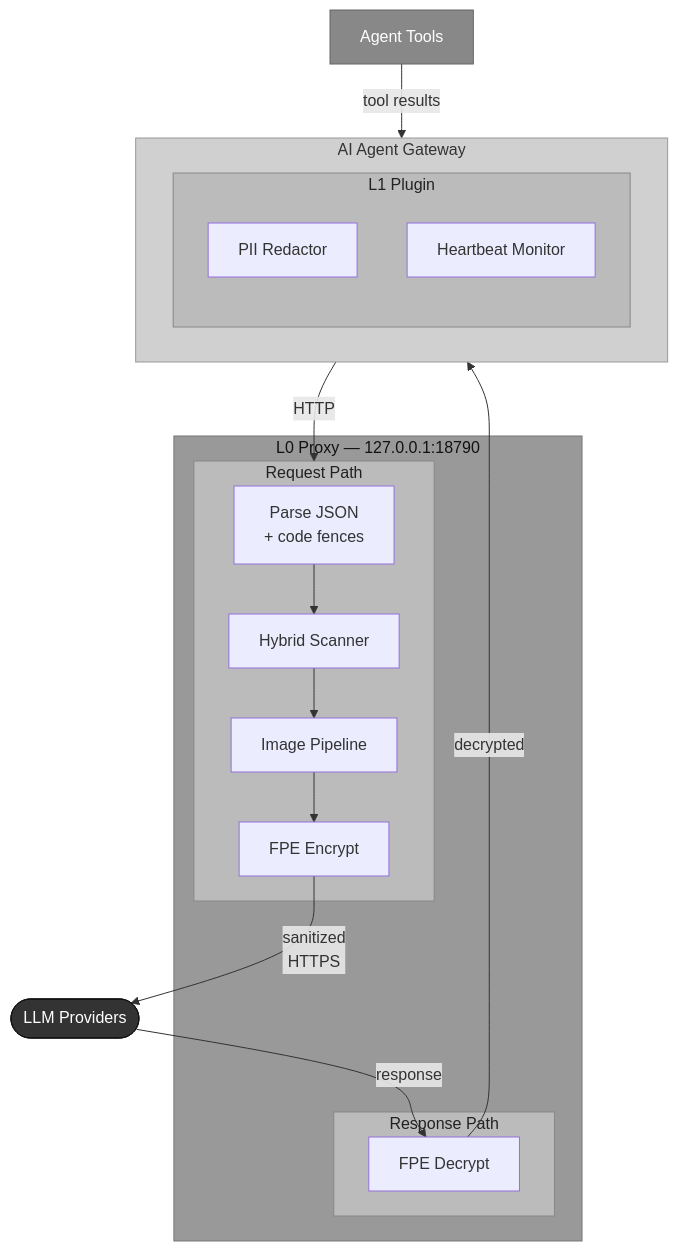
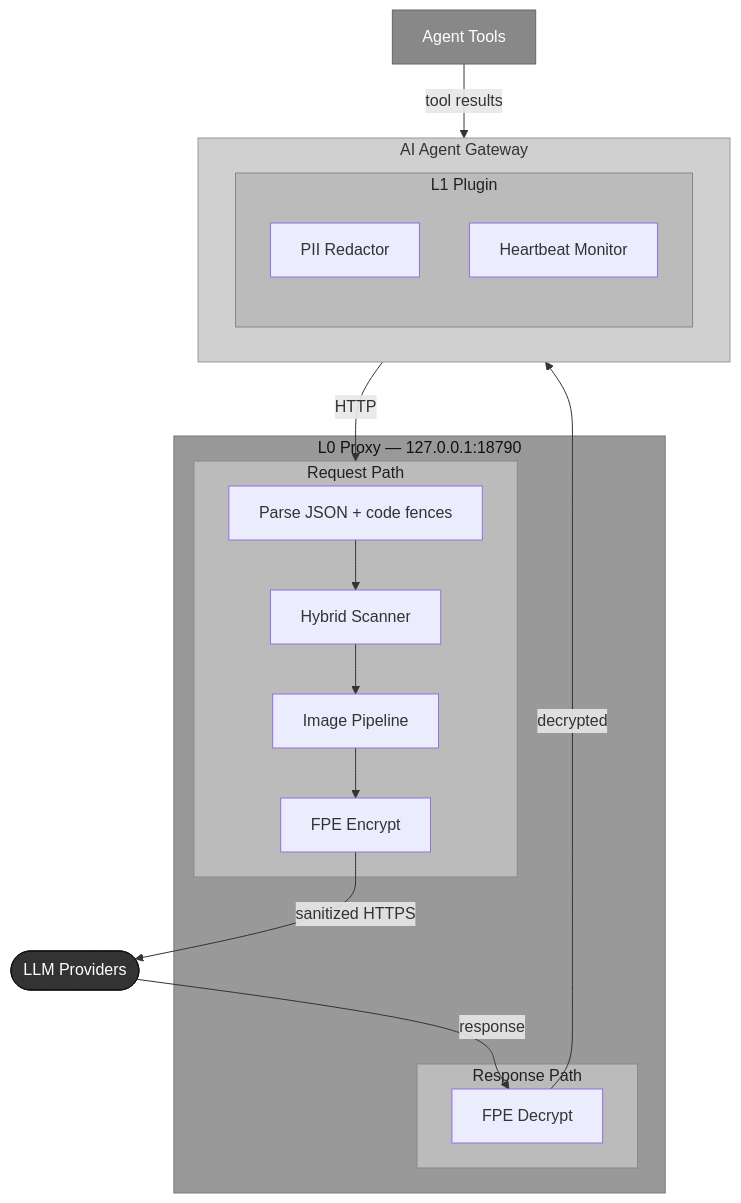
Before and after one commit to OpenObscure/OpenObscure: the fourth of 14 diagrams in ARCHITECTURE.md, drawn with Mermaid. The commit also changed other lines of this file and 1 other file, not shown here.

First line of the commit message:
Remove \n line breaks from mermaid flowchart labels

````diff
--- a/ARCHITECTURE.md
+++ b/ARCHITECTURE.md
@@ -131,38 +131,38 @@
 ```mermaid
 flowchart TB
     tools["Agent Tools"]
 
     subgraph gateway ["AI Agent Gateway"]
         subgraph l1box ["L1 Plugin"]
             redact["PII Redactor"]
             heartbeat["Heartbeat Monitor"]
         end
     end
 
     subgraph l0box ["L0 Proxy — 127.0.0.1:18790"]
         subgraph reqpath ["Request Path"]
-            nested["Parse JSON\n+ code fences"] --> hybrid["Hybrid Scanner"]
+            nested["Parse JSON + code fences"] --> hybrid["Hybrid Scanner"]
             hybrid --> imgpipe["Image Pipeline"]
             imgpipe --> ff1["FPE Encrypt"]
         end
         subgraph respath ["Response Path"]
             decrypt["FPE Decrypt"]
         end
     end
 
     llm(["LLM Providers"])
 
     tools -- "tool results" --> gateway
     gateway -- "HTTP" --> reqpath
-    ff1 -- "sanitized\nHTTPS" --> llm
+    ff1 -- "sanitized HTTPS" --> llm
     llm -- "response" --> decrypt
     decrypt -- "decrypted" --> gateway
 
     style gateway fill:#d0d0d0,stroke:#999,color:#333
     style l1box fill:#bbb,stroke:#888,color:#222
     style l0box fill:#999,stroke:#777,color:#111
     style reqpath fill:#bbb,stroke:#888,color:#222
     style respath fill:#bbb,stroke:#888,color:#222
     style llm fill:#333,stroke:#111,color:#fff
     style tools fill:#888,stroke:#666,color:#fff
 ```
````
